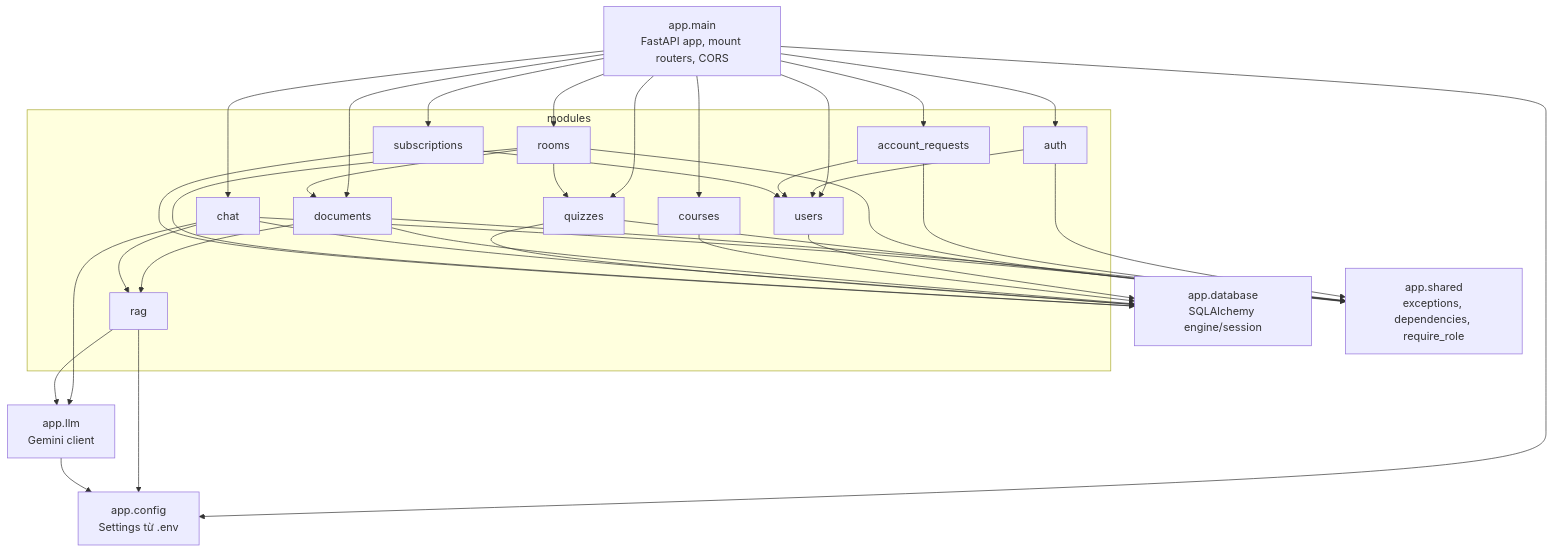
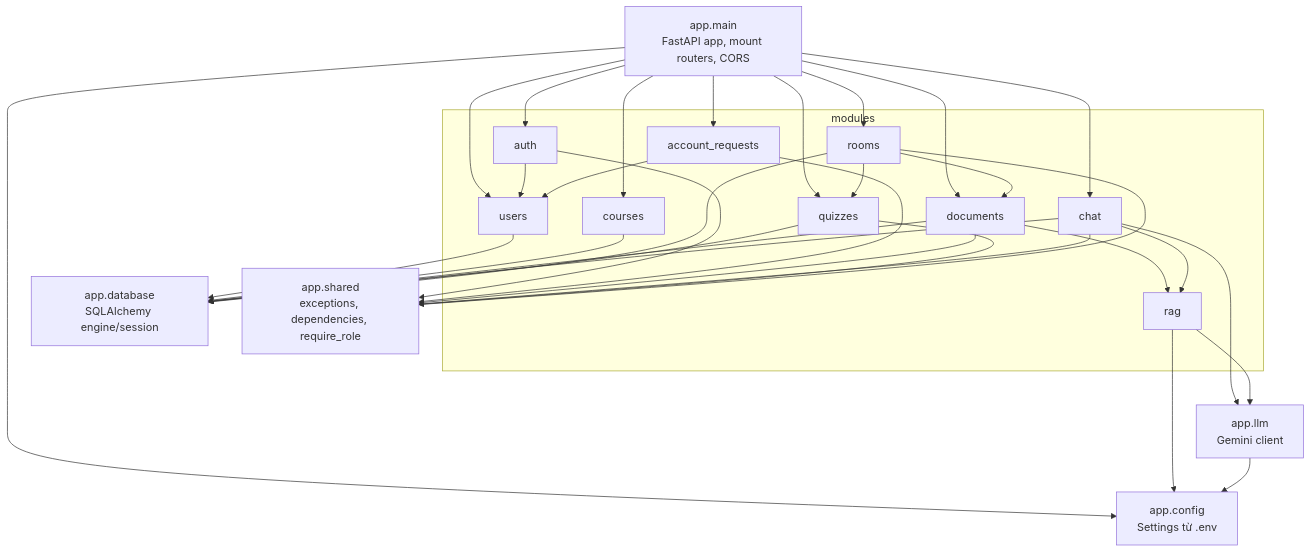
Before and after one commit to Scobydoo1/swd: diagram 13 of 13 in docs/DESIGN.md, drawn with Mermaid. The commit also changed other lines of this file and 27 other files, not shown here.

````diff
--- a/docs/DESIGN.md
+++ b/docs/DESIGN.md
@@ -674,48 +652,45 @@
 ```mermaid
 graph TD
     MAIN[app.main<br/>FastAPI app, mount routers, CORS]
     CONFIG[app.config<br/>Settings từ .env]
     DB[app.database<br/>SQLAlchemy engine/session]
     SHARED[app.shared<br/>exceptions, dependencies, require_role]
 
     subgraph modules
         AUTH[auth]
         ACCRQ[account_requests]
         USERS[users]
         COURSES[courses]
         DOCUMENTS[documents]
         CHAT[chat]
         QUIZZES[quizzes]
         ROOMS[rooms]
-        SUBS[subscriptions]
         RAG[rag]
     end
     LLM[app.llm<br/>Gemini client]
 
-    MAIN --> AUTH & ACCRQ & USERS & COURSES & DOCUMENTS & CHAT & QUIZZES & ROOMS & SUBS
+    MAIN --> AUTH & ACCRQ & USERS & COURSES & DOCUMENTS & CHAT & QUIZZES & ROOMS
     MAIN --> CONFIG
     AUTH --> USERS
     AUTH --> SHARED
     ACCRQ --> USERS
     ACCRQ --> SHARED
     USERS --> DB
     COURSES --> DB
     DOCUMENTS --> DB
     DOCUMENTS --> RAG
     DOCUMENTS --> SHARED
     CHAT --> DB
     CHAT --> RAG
     CHAT --> LLM
     CHAT --> SHARED
     QUIZZES --> DB
     QUIZZES --> SHARED
     ROOMS --> DB
     ROOMS --> QUIZZES
     ROOMS --> DOCUMENTS
     ROOMS --> SHARED
-    SUBS --> DB
-    SUBS --> USERS
     RAG --> LLM
     RAG --> CONFIG
     LLM --> CONFIG
 ```
````
